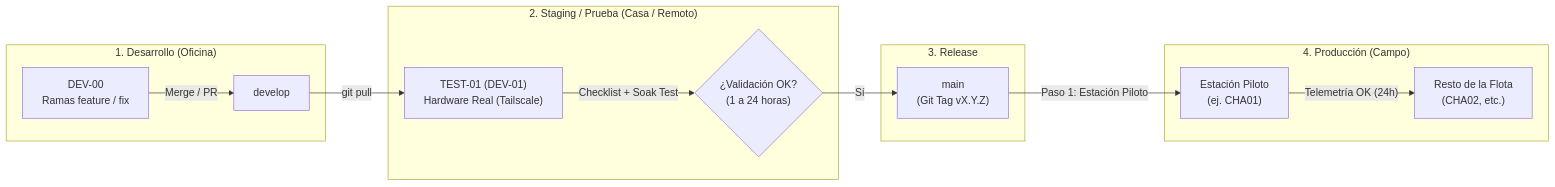
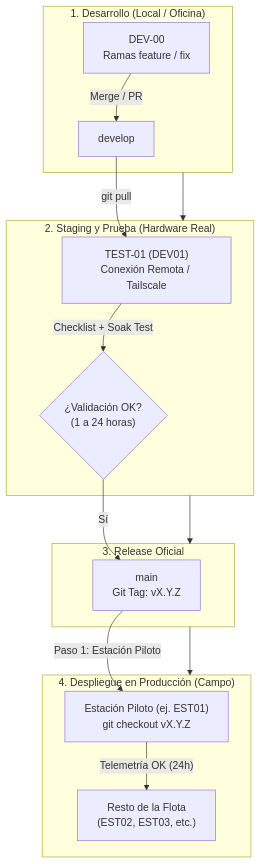
One commit to RedSismicaAustro/RSA-Metodologias changed the diagram in manuales/git/protocolo-despliegue-release.md. Above: the diagram before and after it, drawn with Mermaid. The commit also changed other lines of this file, not shown here.

Commit message:
docs: limpiar emojis, anonimizar rutas y optimizar diagrama en protocolo de despliegue

````diff
--- a/manuales/git/protocolo-despliegue-release.md
+++ b/manuales/git/protocolo-despliegue-release.md
@@ -26,20 +26,24 @@
 ```mermaid
-graph LR
-    subgraph S1 ["1. Desarrollo (Oficina)"]
+graph TD
+    subgraph S1 ["1. Desarrollo (Local / Oficina)"]
         DEV["DEV-00<br/>Ramas feature / fix"] -->|"Merge / PR"| DEV_BRANCH["develop"]
     end
 
-    subgraph S2 ["2. Staging / Prueba (Casa / Remoto)"]
-        DEV_BRANCH -->|"git pull"| TEST["TEST-01 (DEV-01)<br/>Hardware Real (Tailscale)"]
+    subgraph S2 ["2. Staging y Prueba (Hardware Real)"]
+        DEV_BRANCH -->|"git pull"| TEST["TEST-01 (DEV01)<br/>Conexión Remota / Tailscale"]
         TEST -->|"Checklist + Soak Test"| VAL{"¿Validación OK?<br/>(1 a 24 horas)"}
     end
 
-    subgraph S3 ["3. Release"]
-        VAL -- "Sí" --> MAIN["main<br/>(Git Tag vX.Y.Z)"]
+    subgraph S3 ["3. Release Oficial"]
+        VAL -- "Sí" --> MAIN["main<br/>Git Tag: vX.Y.Z"]
     end
 
-    subgraph S4 ["4. Producción (Campo)"]
-        MAIN -->|"Paso 1: Estación Piloto"| CANARY["Estación Piloto<br/>(ej. CHA01)"]
-        CANARY -->|"Telemetría OK (24h)"| PROD_ALL["Resto de la Flota<br/>(CHA02, etc.)"]
+    subgraph S4 ["4. Despliegue en Producción (Campo)"]
+        MAIN -->|"Paso 1: Estación Piloto"| CANARY["Estación Piloto (ej. EST01)<br/>git checkout vX.Y.Z"]
+        CANARY -->|"Telemetría OK (24h)"| PROD_ALL["Resto de la Flota<br/>(EST02, EST03, etc.)"]
     end
+
+    S1 --> S2
+    S2 --> S3
+    S3 --> S4
 ```
````
